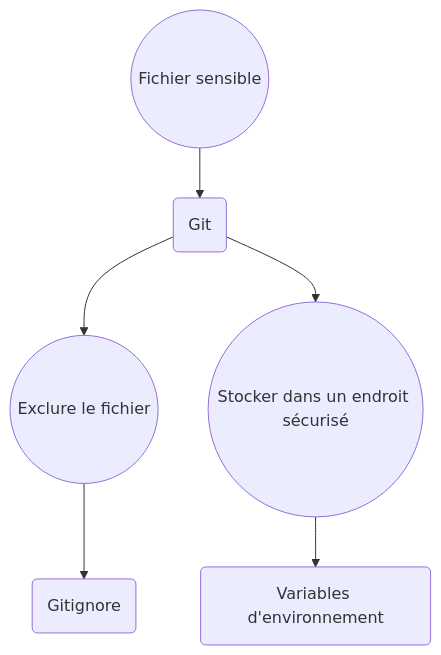
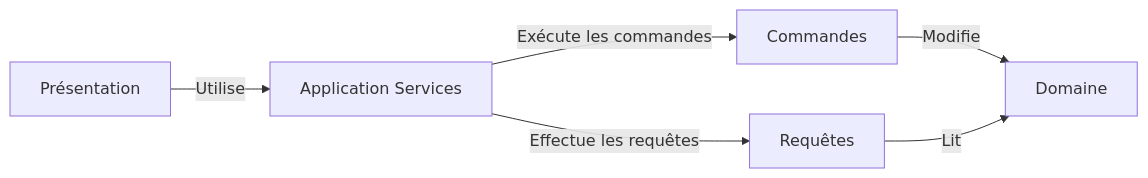
One commit to Tan-Software/bonnes-pratiques-git changed diagram 18 of 21 in README.md. Above: the diagram before and after it, drawn with Mermaid. The commit also changed other lines of this file, not shown here.

````diff
--- a/README.md
+++ b/README.md
@@ -255,8 +641,8 @@
 ```mermaid
-graph TD
-A((Fichier sensible)) --> B(Git)
-B --> C((Exclure le fichier))
-C --> D(Gitignore)
-B --> E((Stocker dans un endroit sécurisé))
-E --> F(Variables d'environnement)
+graph LR
+    A[Présentation] -- Utilise --> B[Application Services]
+    B -- Exécute les commandes --> C[Commandes]
+    B -- Effectue les requêtes --> D[Requêtes]
+    C -- Modifie --> E[Domaine]
+    D -- Lit --> E
 ```
````
